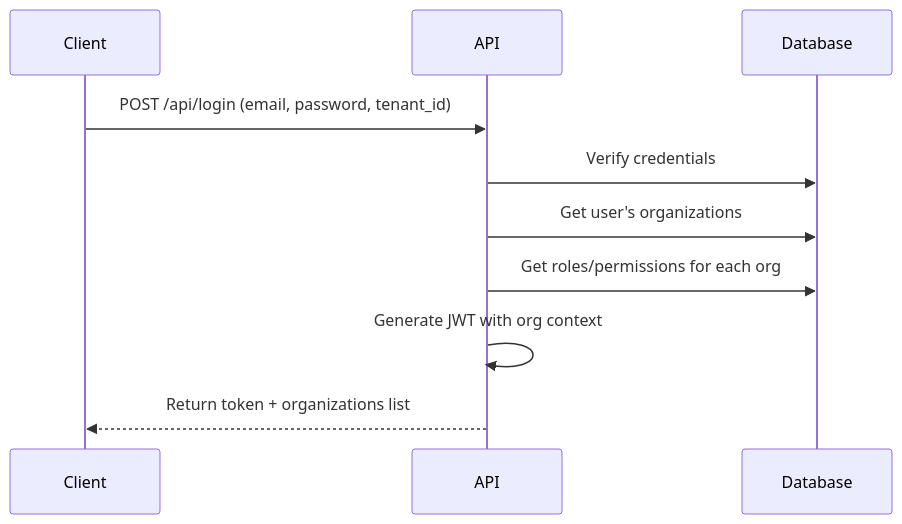
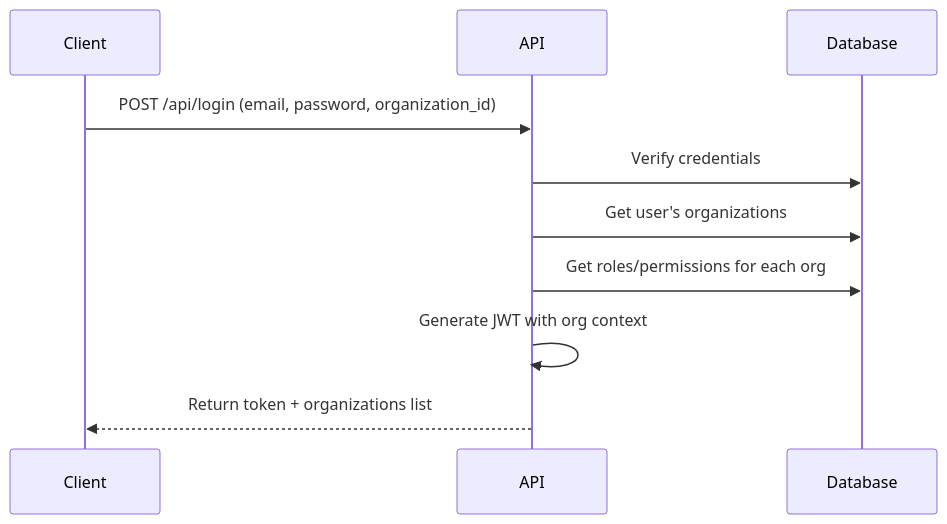
One commit to yiireerp/core changed the first of 3 diagrams in docs/AUTHENTICATION.md. Above: the diagram before and after it, drawn with Mermaid. The commit also changed other lines of this file and 106 other files, not shown here.

````diff
--- a/docs/AUTHENTICATION.md
+++ b/docs/AUTHENTICATION.md
@@ -753,9 +762,9 @@
 ```mermaid
 sequenceDiagram
-    Client->>API: POST /api/login (email, password, tenant_id)
+    Client->>API: POST /api/login (email, password, organization_id)
     API->>Database: Verify credentials
     API->>Database: Get user's organizations
     API->>Database: Get roles/permissions for each org
     API->>API: Generate JWT with org context
     API-->>Client: Return token + organizations list
 ```
````
